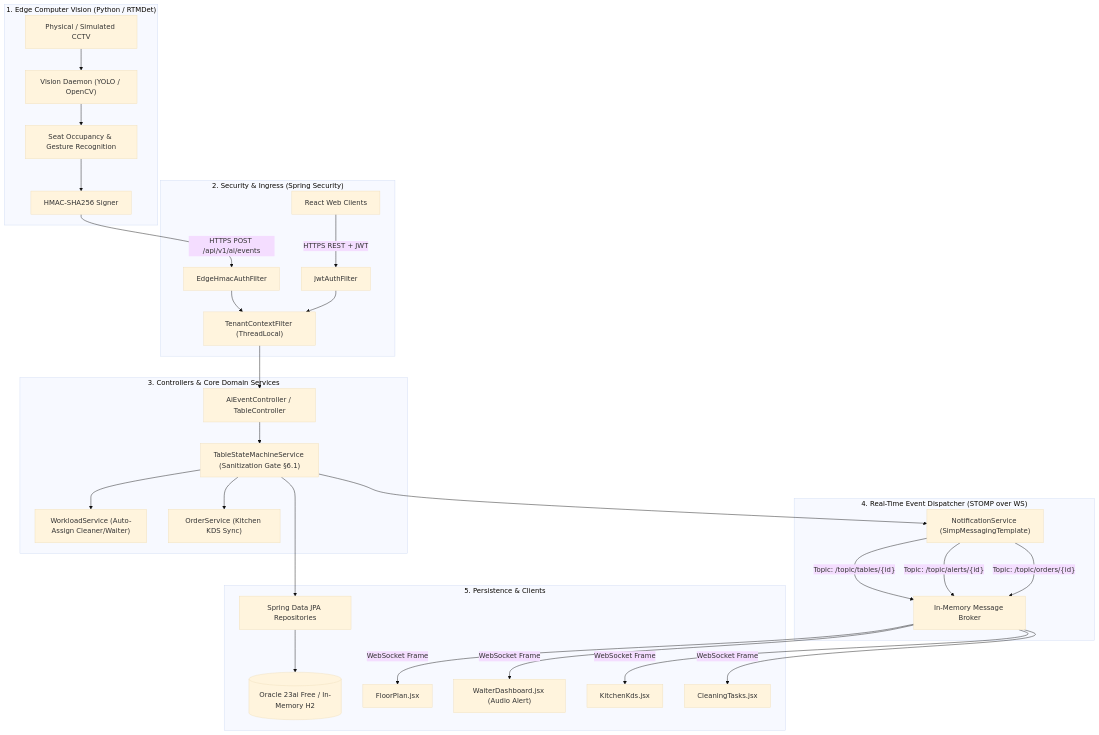
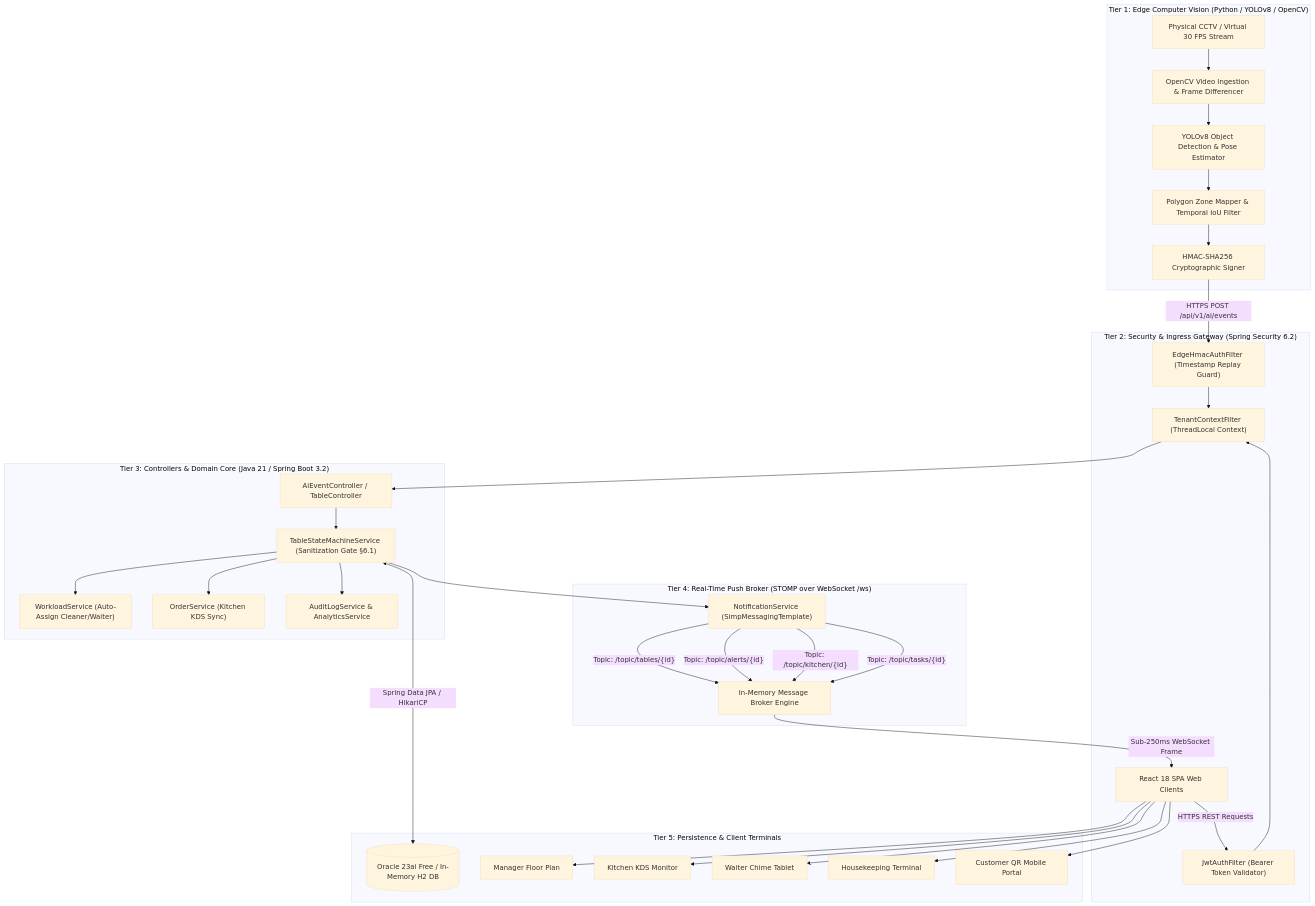
Before and after one commit to vishalmore-28/restrovision: the first of 17 diagrams in documentation/RESTROVISION_COMPLETE_BSC_PROJECT_REPORT.md, drawn with Mermaid (base theme). The commit also changed other lines of this file, not shown here.

Commit message:
docs: expand academic project report with 17 inline UML/architecture diagrams and complete source implementations

````diff
--- a/documentation/RESTROVISION_COMPLETE_BSC_PROJECT_REPORT.md
+++ b/documentation/RESTROVISION_COMPLETE_BSC_PROJECT_REPORT.md
@@ -605,38 +640,42 @@
 ```mermaid
 flowchart TD
-    subgraph Tier1["1. Edge Computer Vision (Python / RTMDet)"]
-        Cam["Physical / Simulated CCTV"] --> CV["Vision Daemon (YOLO / OpenCV)"]
-        CV --> Detect["Seat Occupancy & Gesture Recognition"]
-        Detect --> Sign["HMAC-SHA256 Signer"]
+    subgraph Tier1["Tier 1: Edge Computer Vision (Python / YOLOv8 / OpenCV)"]
+        Cam["Physical CCTV / Virtual 30 FPS Stream"] --> CV["OpenCV Video Ingestion & Frame Differencer"]
+        CV --> Detect["YOLOv8 Object Detection & Pose Estimator"]
+        Detect --> Zone["Polygon Zone Mapper & Temporal IoU Filter"]
+        Zone --> Sign["HMAC-SHA256 Cryptographic Signer"]
     end
 
-    subgraph Tier2["2. Security & Ingress (Spring Security)"]
-        Sign -->|"HTTPS POST /api/v1/ai/events"| HmacFilter["EdgeHmacAuthFilter"]
-        ClientUI["React Web Clients"] -->|"HTTPS REST + JWT"| JwtFilter["JwtAuthFilter"]
-        HmacFilter --> TenantFilter["TenantContextFilter (ThreadLocal)"]
+    subgraph Tier2["Tier 2: Security & Ingress Gateway (Spring Security 6.2)"]
+        Sign -->|"HTTPS POST /api/v1/ai/events"| HmacFilter["EdgeHmacAuthFilter (Timestamp Replay Guard)"]
+        ClientUI["React 18 SPA Web Clients"] -->|"HTTPS REST Requests"| JwtFilter["JwtAuthFilter (Bearer Token Validator)"]
+        HmacFilter --> TenantFilter["TenantContextFilter (ThreadLocal Context)"]
         JwtFilter --> TenantFilter
     end
 
-    subgraph Tier3["3. Controllers & Core Domain Services"]
+    subgraph Tier3["Tier 3: Controllers & Domain Core (Java 21 / Spring Boot 3.2)"]
         TenantFilter --> IngestCtrl["AiEventController / TableController"]
         IngestCtrl --> StateMachine["TableStateMachineService (Sanitization Gate §6.1)"]
         StateMachine --> TaskSvc["WorkloadService (Auto-Assign Cleaner/Waiter)"]
         StateMachine --> OrderSvc["OrderService (Kitchen KDS Sync)"]
+        StateMachine --> AuditSvc["AuditLogService & AnalyticsService"]
     end
 
-    subgraph Tier4["4. Real-Time Event Dispatcher (STOMP over WS)"]
+    subgraph Tier4["Tier 4: Real-Time Push Broker (STOMP over WebSocket /ws)"]
         StateMachine --> Notify["NotificationService (SimpMessagingTemplate)"]
-        Notify -->|"Topic: /topic/tables/{id}"| WSBroker["In-Memory Message Broker"]
+        Notify -->|"Topic: /topic/tables/{id}"| WSBroker["In-Memory Message Broker Engine"]
         Notify -->|"Topic: /topic/alerts/{id}"| WSBroker
-        Notify -->|"Topic: /topic/orders/{id}"| WSBroker
+        Notify -->|"Topic: /topic/kitchen/{id}"| WSBroker
+        Notify -->|"Topic: /topic/tasks/{id}"| WSBroker
     end
 
-    subgraph Tier5["5. Persistence & Clients"]
-        StateMachine --> JPA["Spring Data JPA Repositories"]
-        JPA --> DB[("Oracle 23ai Free / In-Memory H2")]
-        WSBroker -->|"WebSocket Frame"| UI_Floor["FloorPlan.jsx"]
-        WSBroker -->|"WebSocket Frame"| UI_Waiter["WaiterDashboard.jsx (Audio Alert)"]
-        WSBroker -->|"WebSocket Frame"| UI_KDS["KitchenKds.jsx"]
-        WSBroker -->|"WebSocket Frame"| UI_Clean["CleaningTasks.jsx"]
+    subgraph Tier5["Tier 5: Persistence & Client Terminals"]
+        StateMachine <-->|"Spring Data JPA / HikariCP"| DB[("Oracle 23ai Free / In-Memory H2 DB")]
+        WSBroker -->|"Sub-250ms WebSocket Frame"| ClientUI
+        ClientUI --> UI1["Manager Floor Plan"]
+        ClientUI --> UI2["Kitchen KDS Monitor"]
+        ClientUI --> UI3["Waiter Chime Tablet"]
+        ClientUI --> UI4["Housekeeping Terminal"]
+        ClientUI --> UI5["Customer QR Mobile Portal"]
     end
 ```
````
